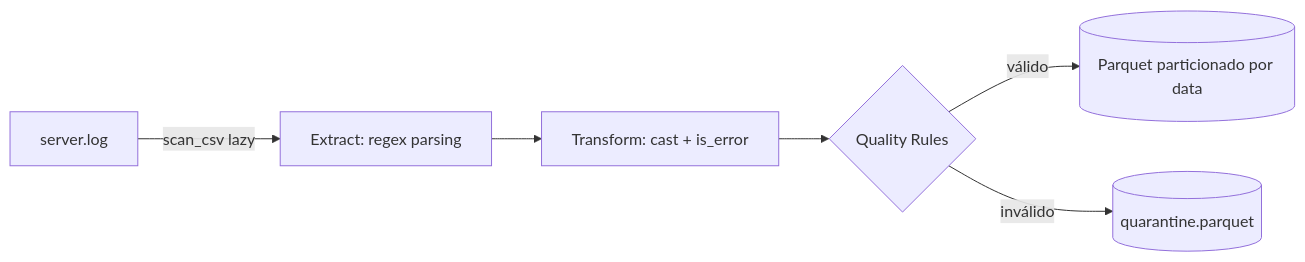
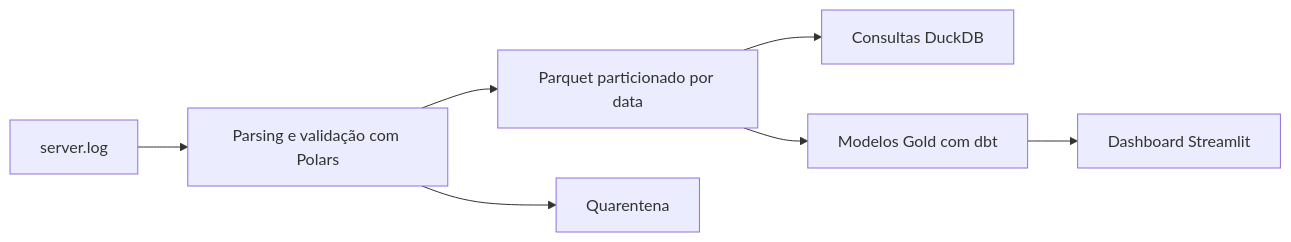
The diagram in README.pt-BR.md (gadelha-allan/log-analytics-engine), drawn with Mermaid before and after one commit. The commit also changed other lines of this file and 11 other files, not shown here.

````diff
--- a/README.pt-BR.md
+++ b/README.pt-BR.md
@@ -51,8 +9,9 @@
 ```mermaid
 flowchart LR
-    A[server.log] -->|scan_csv lazy| B[Extract: regex parsing]
-    B --> C[Transform: cast + is_error]
-    C --> D{Quality Rules}
-    D -->|válido| E[(Parquet particionado por data)]
-    D -->|inválido| F[(quarantine.parquet)]
+    A[server.log] --> B[Parsing e validação com Polars]
+    B --> C[Parquet particionado por data]
+    B --> D[Quarentena]
+    C --> E[Consultas DuckDB]
+    C --> F[Modelos Gold com dbt]
+    F --> G[Dashboard Streamlit]
 ```
````
